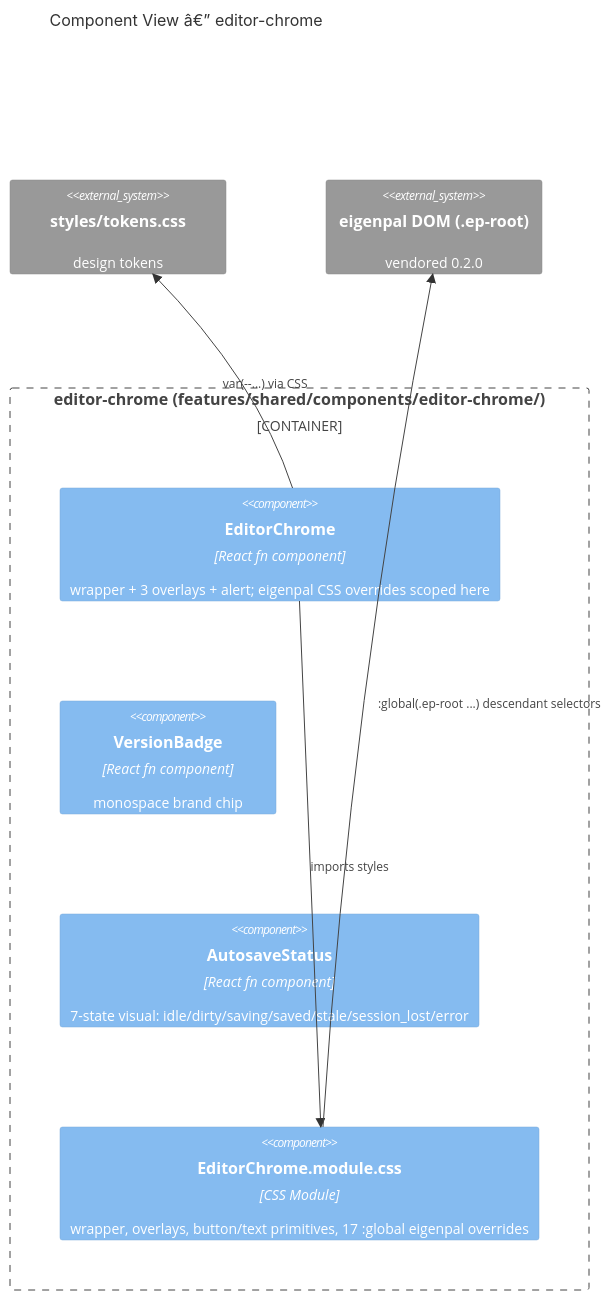
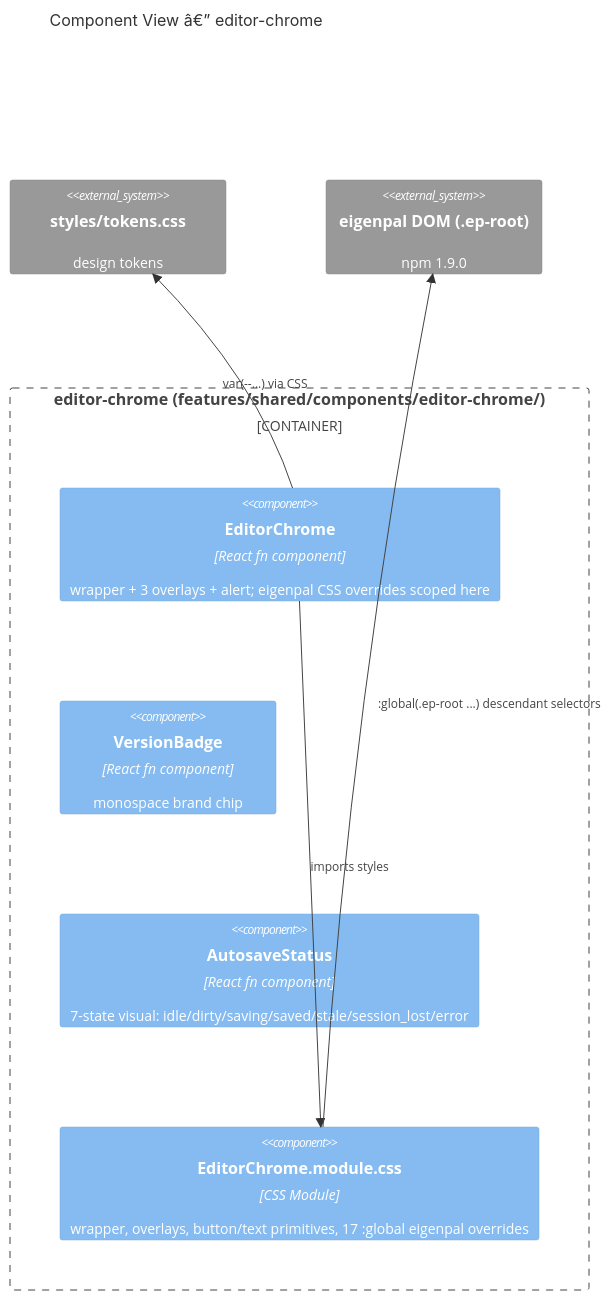
Before and after one commit to developmentconexus-ops/MetalDocs: the second of 5 diagrams in wiki/modules/editor-chrome.md, drawn with Mermaid. The commit also changed other lines of this file and 30 other files, not shown here.

````diff
--- a/wiki/modules/editor-chrome.md
+++ b/wiki/modules/editor-chrome.md
@@ -104,15 +104,15 @@
 ```mermaid
 C4Component
     title Component View â€” editor-chrome
     Container_Boundary(mod, "editor-chrome (features/shared/components/editor-chrome/)") {
         Component(ec, "EditorChrome", "React fn component", "wrapper + 3 overlays + alert; eigenpal CSS overrides scoped here")
         Component(vb, "VersionBadge", "React fn component", "monospace brand chip")
         Component(as, "AutosaveStatus", "React fn component", "7-state visual: idle/dirty/saving/saved/stale/session_lost/error")
         Component(css, "EditorChrome.module.css", "CSS Module", "wrapper, overlays, button/text primitives, 17 :global eigenpal overrides")
     }
     System_Ext(tok, "styles/tokens.css", "design tokens")
-    System_Ext(ep, "eigenpal DOM (.ep-root)", "vendored 0.2.0")
+    System_Ext(ep, "eigenpal DOM (.ep-root)", "npm 1.9.0")
     Rel(ec, css, "imports styles")
     Rel(ec, tok, "var(--...) via CSS")
     Rel(css, ep, ":global(.ep-root ...) descendant selectors")
 ```
````
